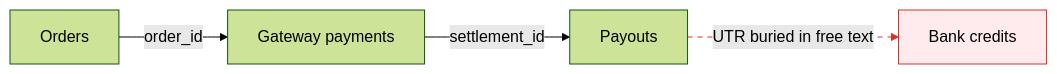
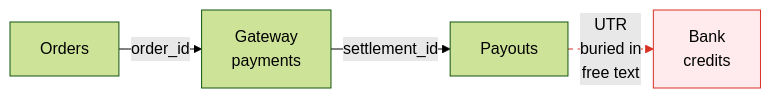
Before and after one commit to Pulastya-B/FinRecon: the second of 4 diagrams in README.md, drawn with Mermaid (forest theme). The commit also changed other lines of this file, not shown here.

````diff
--- a/README.md
+++ b/README.md
@@ -105,9 +99,10 @@
 ```mermaid
+%%{init: {"flowchart": {"rankSpacing": 24, "nodeSpacing": 24, "wrappingWidth": 200}}}%%
 flowchart LR
-    O["Orders"] -->|order_id| P["Gateway payments"]
+    O["Orders"] -->|order_id| P["Gateway<br/>payments"]
     P -->|settlement_id| S["Payouts"]
-    S -.->|"UTR buried in free text"| B["Bank credits"]
+    S -.->|"UTR<br/>buried in<br/>free text"| B["Bank<br/>credits"]
 
     style B fill:#ffebee,stroke:#d93025
     linkStyle 2 stroke:#d93025,stroke-dasharray: 5 5
 ```
````
